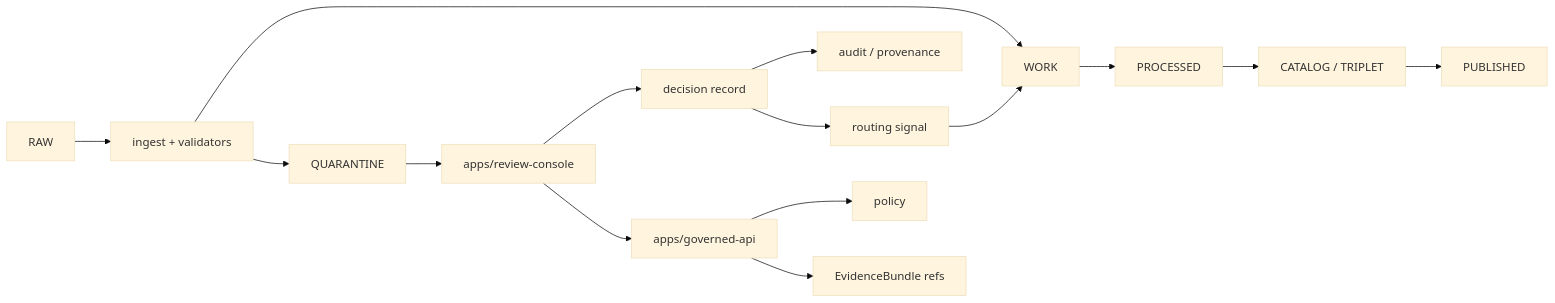
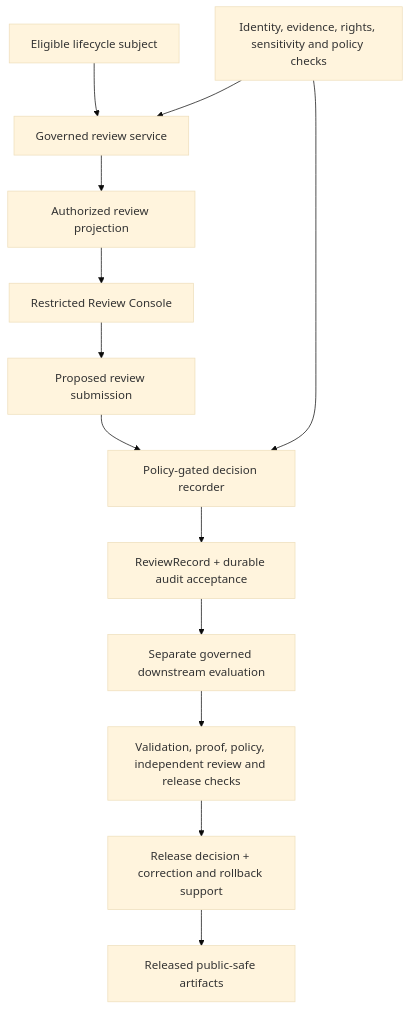
One commit to bartytime4life/Kansas-Frontier-Matrix changed the diagram in apps/review-console/README.md. Above: the diagram before and after it, drawn with Mermaid (base theme). The commit also changed other lines of this file and 1 other file, not shown here.

First line of the commit message:
docs(review-console): refresh scaffold inventory and governed review boundaries

````diff
--- a/apps/review-console/README.md
+++ b/apps/review-console/README.md
@@ -192,17 +150,15 @@
 ```mermaid
-flowchart LR
-    raw["RAW"] --> validators["ingest + validators"]
-    validators --> work["WORK"]
-    validators --> quarantine["QUARANTINE"]
-    quarantine --> rc["apps/review-console"]
-    rc --> decision["decision record"]
-    decision --> audit["audit / provenance"]
-    decision --> route["routing signal"]
-    route --> work
-    work --> processed["PROCESSED"]
-    processed --> catalog["CATALOG / TRIPLET"]
-    catalog --> published["PUBLISHED"]
-    rc --> api["apps/governed-api"]
-    api --> policy["policy"]
-    api --> evidence["EvidenceBundle refs"]
+flowchart TD
+    subject["Eligible lifecycle subject"] --> service["Governed review service"]
+    checks["Identity, evidence, rights, sensitivity and policy checks"] --> service
+    service --> projection["Authorized review projection"]
+    projection --> console["Restricted Review Console"]
+    console --> request["Proposed review submission"]
+    request --> recorder["Policy-gated decision recorder"]
+    checks --> recorder
+    recorder --> review["ReviewRecord + durable audit acceptance"]
+    review --> process["Separate governed downstream evaluation"]
+    process --> gate["Validation, proof, policy, independent review and release checks"]
+    gate --> decision["Release decision + correction and rollback support"]
+    decision --> published["Released public-safe artifacts"]
 ```
````
